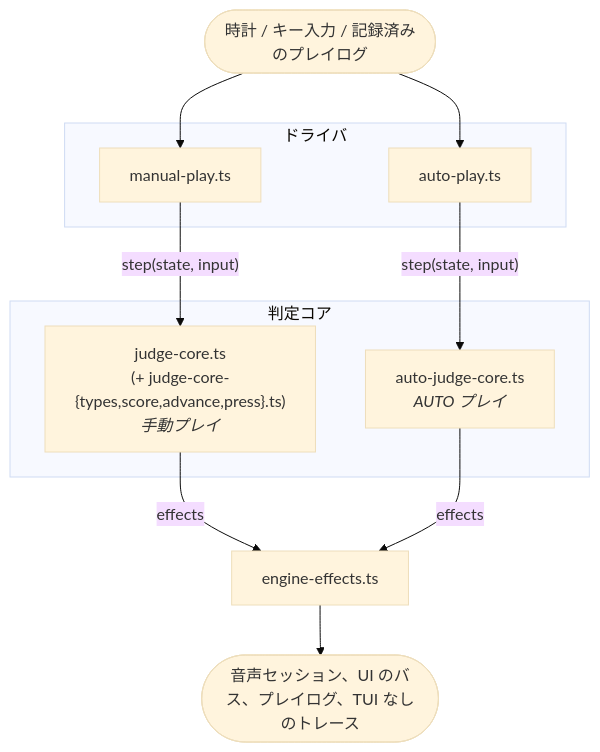
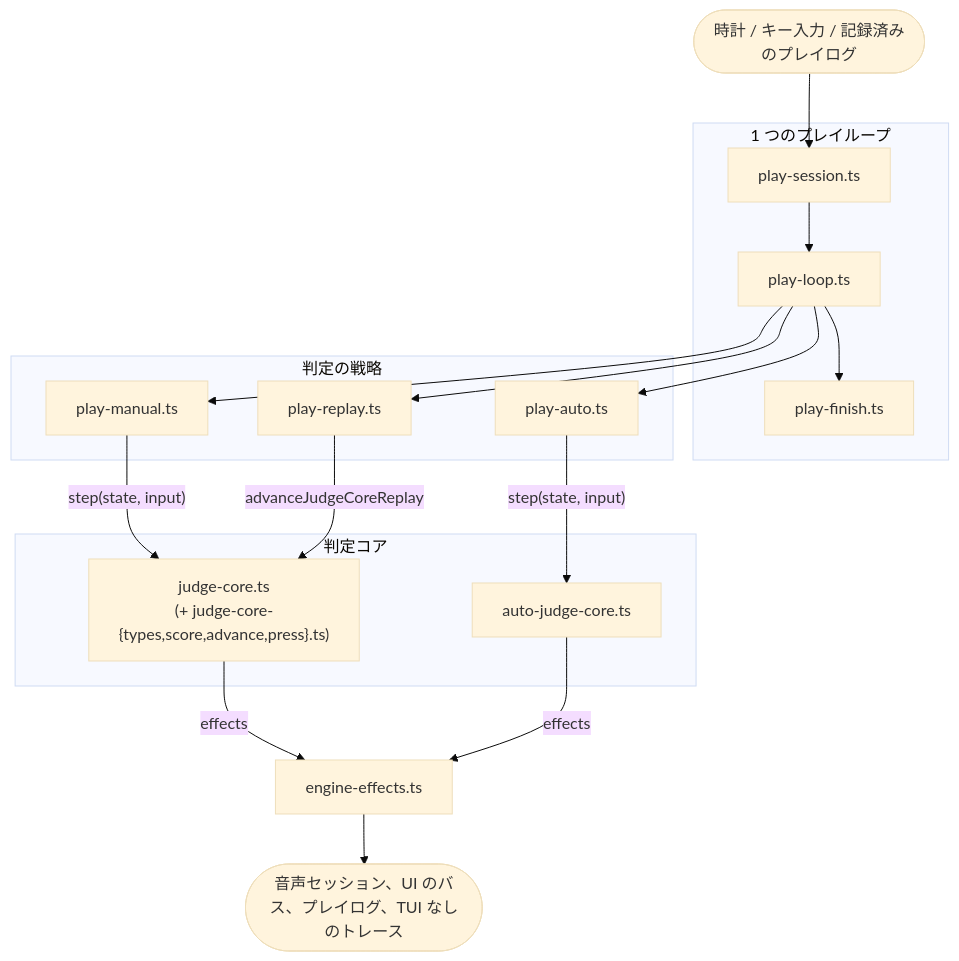
Before and after one commit to nulltask/be-music: the second of 3 diagrams in docs/architecture.ja.md, drawn with Mermaid (base theme). The commit also changed other lines of this file and 1 other file, not shown here.

Commit message:
docs: describe the one play loop and its judge strategies [ci skip]

````diff
--- a/docs/architecture.ja.md
+++ b/docs/architecture.ja.md
@@ -101,22 +101,31 @@
 ```mermaid
 flowchart TD
   inputs(["時計 / キー入力 / 記録済みのプレイログ"])
-  subgraph drivers["ドライバ"]
-    manual["manual-play.ts"]
-    auto["auto-play.ts"]
+  subgraph loop["1 つのプレイループ"]
+    session["play-session.ts"]
+    run["play-loop.ts"]
+    finish["play-finish.ts"]
+  end
+  subgraph strategies["判定の戦略"]
+    manual["play-manual.ts"]
+    replay["play-replay.ts"]
+    auto["play-auto.ts"]
   end
   subgraph core["判定コア"]
-    judge["judge-core.ts<br/>(+ judge-core-{types,score,advance,press}.ts)<br/><i>手動プレイ</i>"]
-    autoJudge["auto-judge-core.ts<br/><i>AUTO プレイ</i>"]
+    judge["judge-core.ts<br/>(+ judge-core-{types,score,advance,press}.ts)"]
+    autoJudge["auto-judge-core.ts"]
   end
   effects["engine-effects.ts"]
   host(["音声セッション、UI のバス、プレイログ、TUI なしのトレース"])
 
-  inputs --> manual
-  inputs --> auto
+  inputs --> session --> run --> finish
+  run --> manual
+  run --> replay
+  run --> auto
   manual -->|"step(state, input)"| judge
+  replay -->|"advanceJudgeCoreReplay"| judge
   auto -->|"step(state, input)"| autoJudge
   judge -->|effects| effects
   autoJudge -->|effects| effects
   effects --> host
 ```
````
